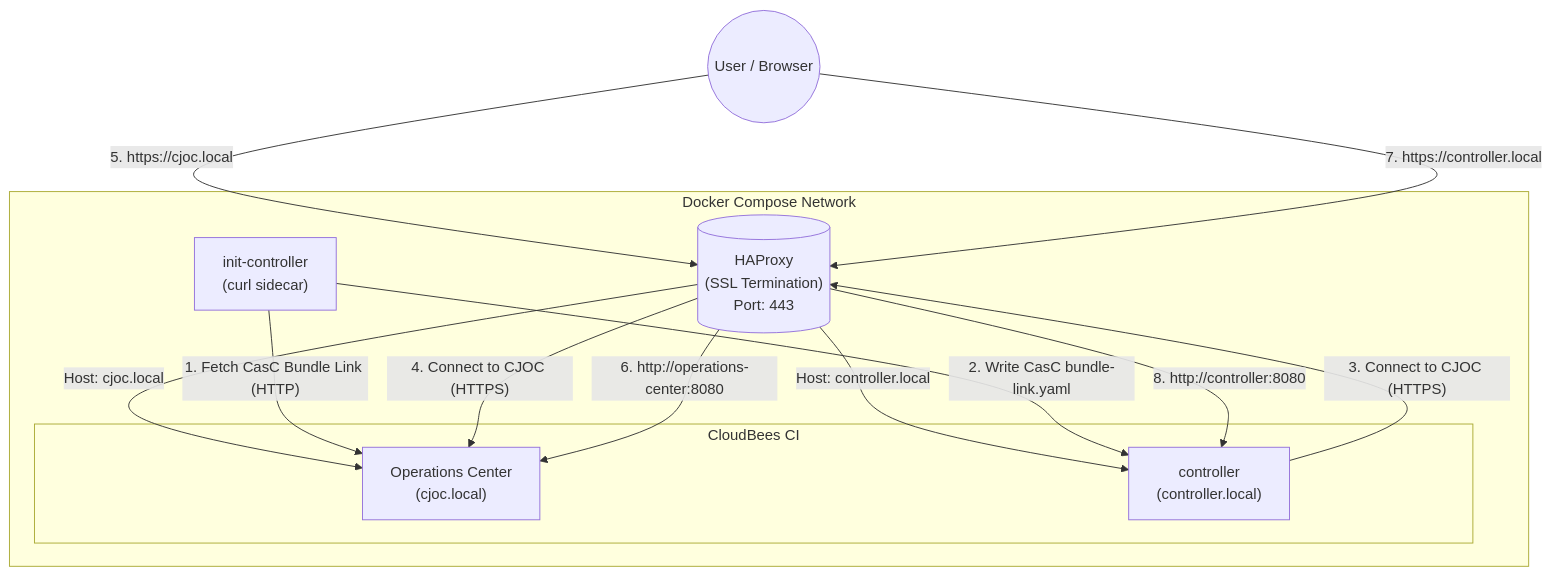
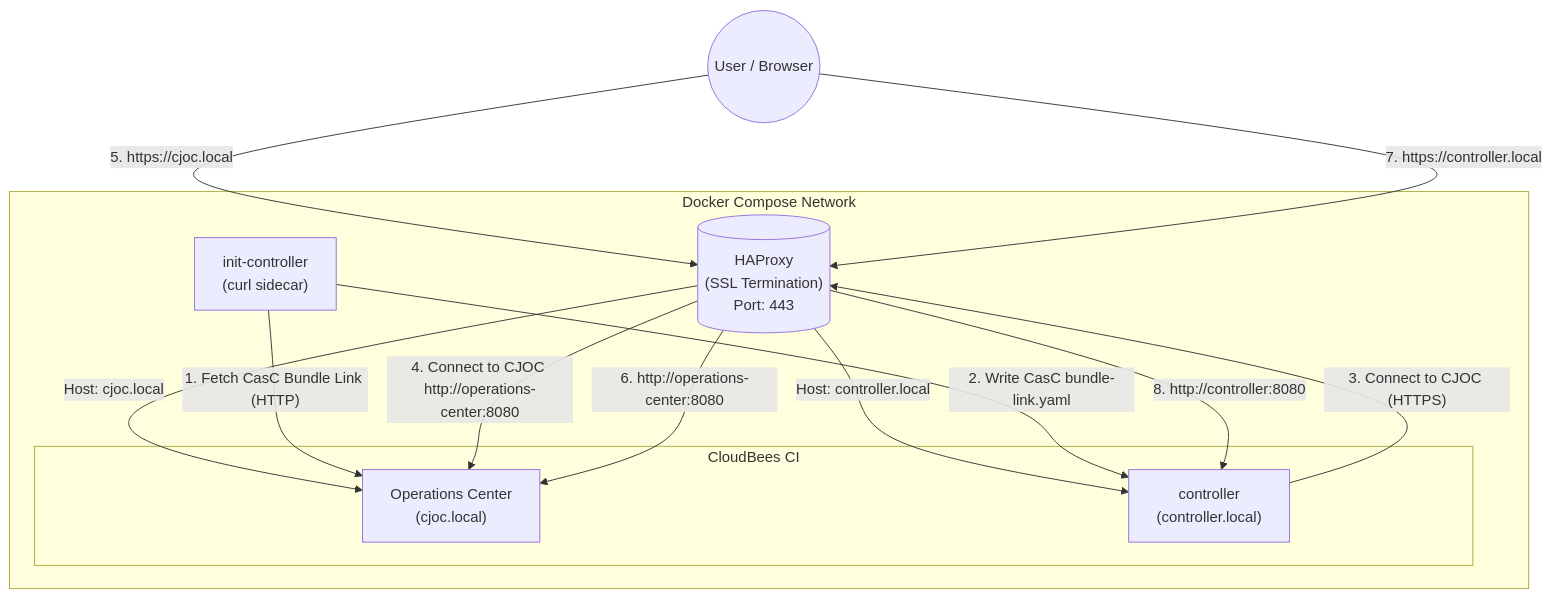
Before and after one commit to cb-ci/ci-traditional: the diagram in README.md, drawn with Mermaid.

Commit message:
Update CJOC connection URL in README

````diff
--- a/README.md
+++ b/README.md
@@ -12,29 +12,29 @@
 ```mermaid
 graph TD
     User((User / Browser))
     subgraph "Docker Compose Network"
         HAProxy[("HAProxy
         (SSL Termination)
         Port: 443")]
         
         subgraph "CloudBees CI"
             CJOC["Operations Center
             (cjoc.local)"]
             Controller["controller
             (controller.local)"]
         end
         
         Init["init-controller
         (curl sidecar)"]
        
         HAProxy -->|Host: cjoc.local| CJOC
         HAProxy -->|Host: controller.local| Controller
     end    
     
     Init -- "1. Fetch CasC Bundle Link (HTTP)" --> CJOC
     Init -- "2. Write CasC bundle-link.yaml" --> Controller
-    Controller -- "3. Connect to CJOC (HTTPS)" --> HAProxy -- "4. Connect to CJOC (HTTPS)" --> CJOC
+    Controller -- "3. Connect to CJOC (HTTPS)" --> HAProxy -- "4. Connect to CJOC http://operations-center:8080" --> CJOC
     
     User -- "5. https://cjoc.local" --> HAProxy -- "6. http://operations-center:8080" --> CJOC
     User -- "7. https://controller.local" --> HAProxy -- "8. http://controller:8080" --> Controller
 ```
````
